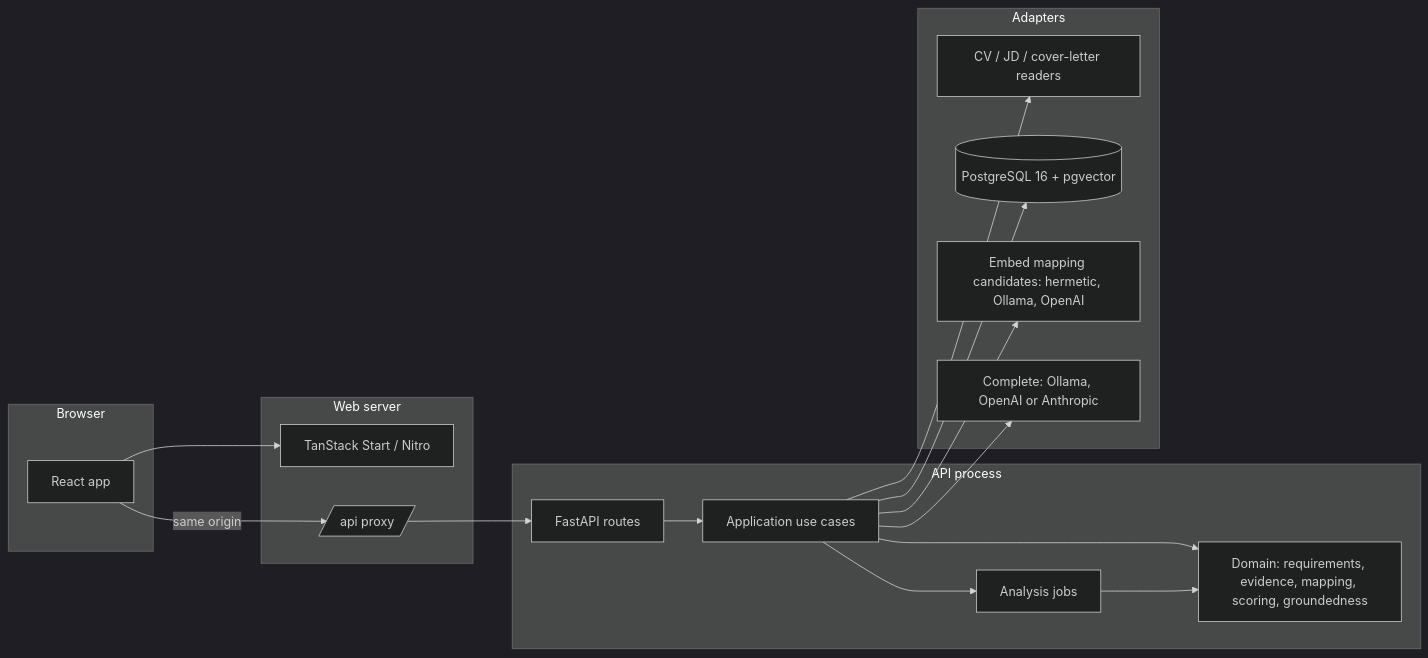
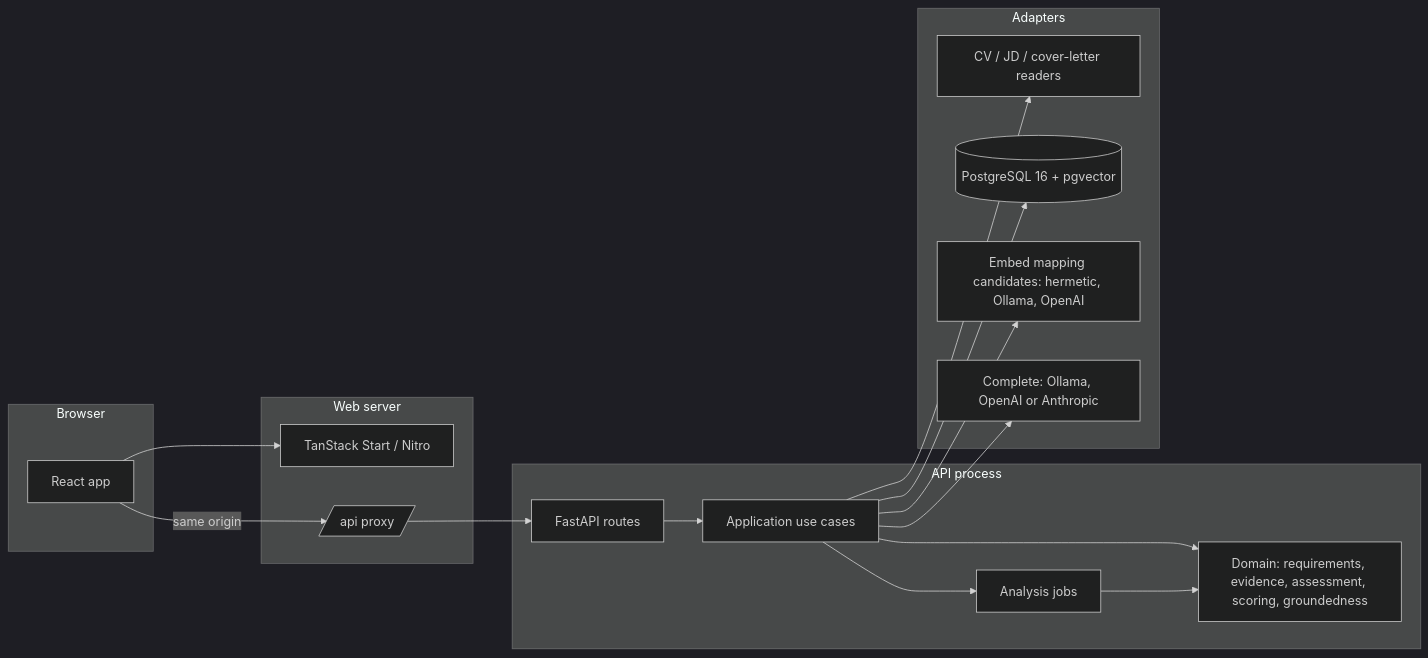
Before and after one commit to ArifMehmood16/career-intelligence-assistant: the first of 2 diagrams in README.md, drawn with Mermaid (dark theme). The commit also changed other lines of this file and 12 other files, not shown here.

````diff
--- a/README.md
+++ b/README.md
@@ -130,30 +138,30 @@
 ```mermaid
 flowchart LR
   subgraph browser [Browser]
     UI[React app]
   end
   subgraph web [Web server]
     SSR[TanStack Start / Nitro]
     PROXY[/api proxy/]
   end
   subgraph process [API process]
     HTTP[FastAPI routes]
     APP[Application use cases]
     JOBS[Analysis jobs]
-    DOM[Domain: requirements, evidence, mapping, scoring, groundedness]
+    DOM[Domain: requirements, evidence, assessment, scoring, groundedness]
     HTTP --> APP --> DOM
     APP --> JOBS --> DOM
   end
   subgraph adapters [Adapters]
     DOC[CV / JD / cover-letter readers]
     PG[(PostgreSQL 16 + pgvector)]
     EMB[Embed mapping candidates: hermetic, Ollama, OpenAI]
     LLM[Complete: Ollama, OpenAI or Anthropic]
   end
   UI --> SSR
   UI -->|same origin| PROXY --> HTTP
   APP --> DOC
   APP --> PG
   APP --> EMB
   APP --> LLM
 ```
````
